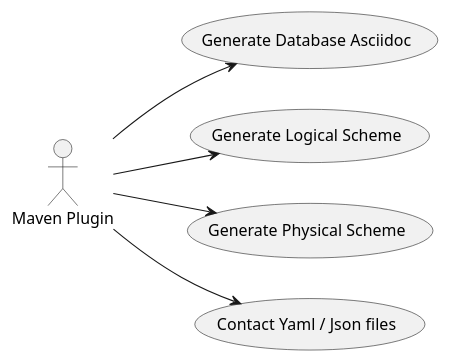
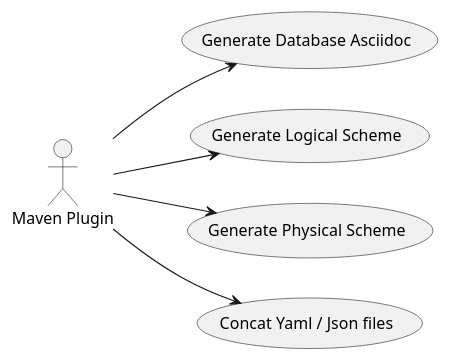
Before and after one commit to denis-volnenko/liquibase-asciidoc-maven-plugin: the diagram in doc/use-cases.puml, drawn with PlantUML. The commit also changed 1 other file, not shown here.

```diff
--- a/doc/use-cases.puml
+++ b/doc/use-cases.puml
@@ -1,15 +1,15 @@
 @startuml
 left to right direction
 
 actor "Maven Plugin" as plugin
 usecase "Generate Database Asciidoc" as uc1
 usecase "Generate Logical Scheme" as uc2
 usecase "Generate Physical Scheme" as uc3
-usecase "Contact Yaml / Json files" as uc4
+usecase "Concat Yaml / Json files" as uc4
 
 plugin --> uc1
 plugin --> uc2
 plugin --> uc3
 plugin --> uc4
 
 @enduml
```
